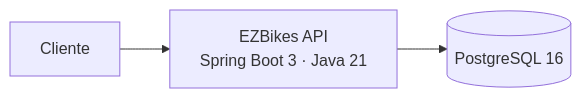
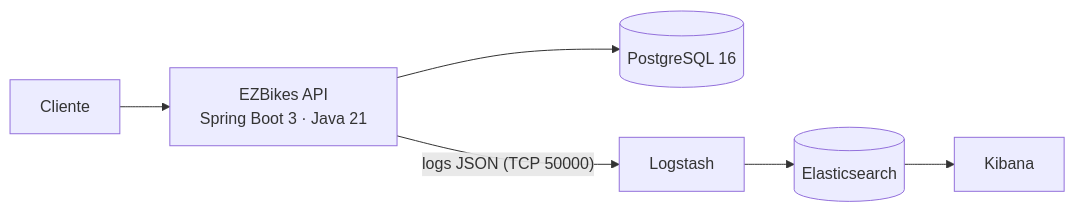
One commit to EnzoOliveiradev/Projeto-Aplicado1-EZBIKES changed the diagram in README.md. Above: the diagram before and after it, drawn with Mermaid. The commit also changed other lines of this file and 13 other files, not shown here.

First line of the commit message:
Dia 3: logs estruturados em JSON e stack ELK

````diff
--- a/README.md
+++ b/README.md
@@ -36,5 +36,8 @@
 ```mermaid
 flowchart LR
     U[Cliente] --> API[EZBikes API<br/>Spring Boot 3 · Java 21]
     API --> DB[(PostgreSQL 16)]
+    API -- "logs JSON (TCP 50000)" --> LS[Logstash]
+    LS --> ES[(Elasticsearch)]
+    ES --> KB[Kibana]
 ```
````
